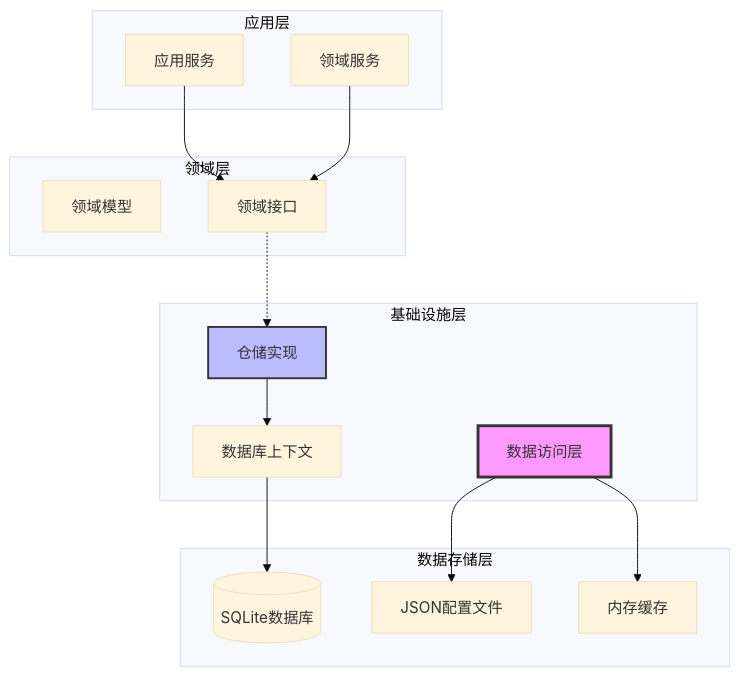
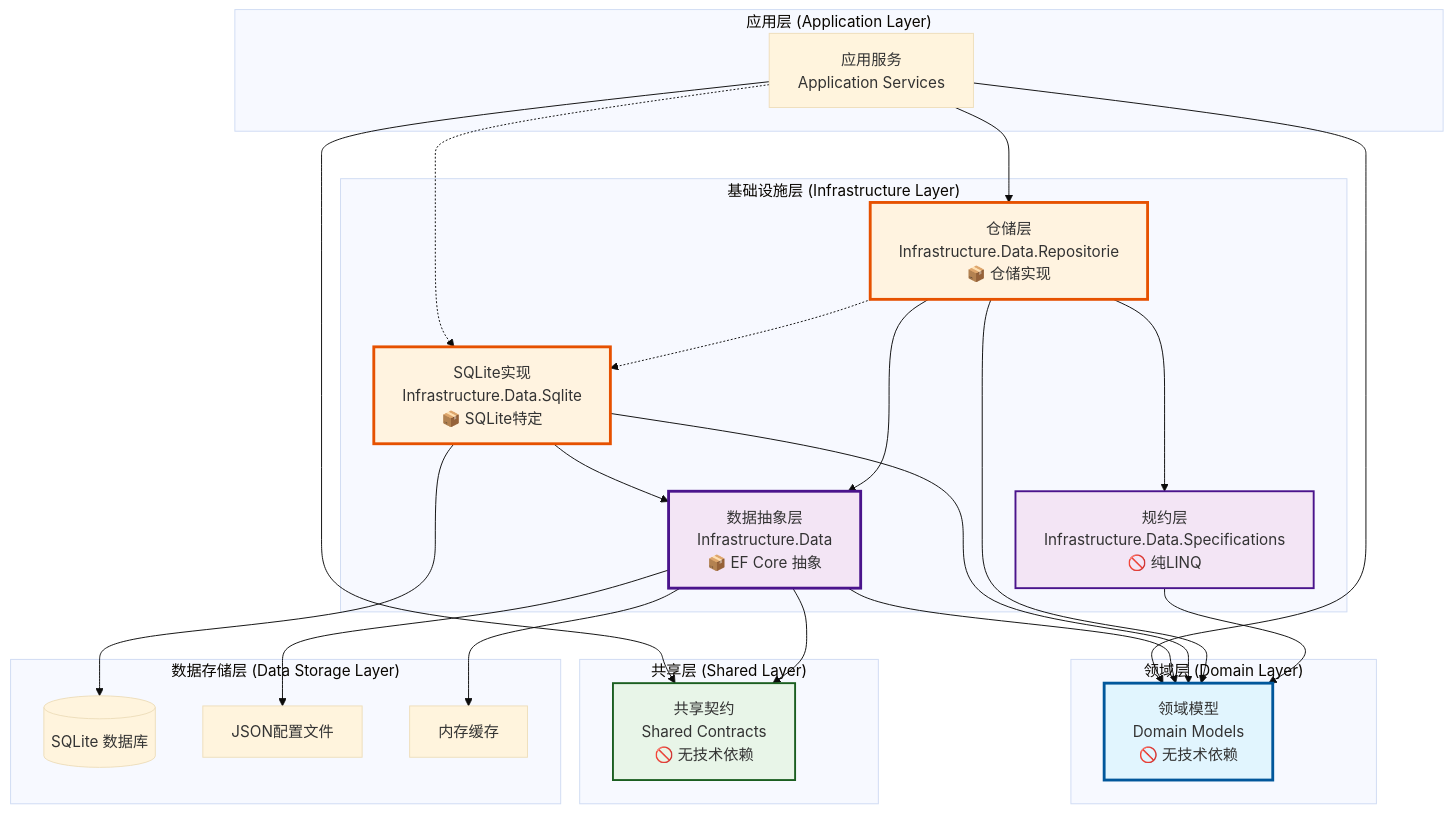
One commit to lornshrimp/Lorn.OpenAgenticAI changed the first of 21 diagrams in docs_TecDesign/DataAccessLayerDesign.md. Above: the diagram before and after it, drawn with Mermaid (base theme). The commit also changed other lines of this file and 19 other files, not shown here.

First line of the commit message:
feat: Implement SQLite-specific configurations and DbContext for OpenAgenticAI

````diff
--- a/docs_TecDesign/DataAccessLayerDesign.md
+++ b/docs_TecDesign/DataAccessLayerDesign.md
@@ -21,35 +19,61 @@
 ```mermaid
 graph TB
-    subgraph "应用层"
-        APP_SERVICE[应用服务]
-        DOMAIN_SERVICE[领域服务]
+    subgraph "应用层 (Application Layer)"
+        APP[应用服务<br/>Application Services]
     end
     
-    subgraph "领域层"
-        DOMAIN_MODEL[领域模型]
-        DOMAIN_INTERFACE[领域接口]
+    subgraph "领域层 (Domain Layer)"
+        DOMAIN[领域模型<br/>Domain Models<br/>🚫 无技术依赖]
     end
     
-    subgraph "基础设施层"
-        DATA_ACCESS[数据访问层]
-        REPOSITORY_IMPL[仓储实现]
-        DB_CONTEXT[数据库上下文]
+    subgraph "共享层 (Shared Layer)"
+        CONTRACTS[共享契约<br/>Shared Contracts<br/>🚫 无技术依赖]
     end
     
-    subgraph "数据存储层"
-        SQLITE[(SQLite数据库)]
+    subgraph "基础设施层 (Infrastructure Layer)"
+        DATA_ABSTRACT[数据抽象层<br/>Infrastructure.Data<br/>📦 EF Core 抽象]
+        DATA_REPO[仓储层<br/>Infrastructure.Data.Repositorie<br/>📦 仓储实现]
+        DATA_SPEC[规约层<br/>Infrastructure.Data.Specifications<br/>🚫 纯LINQ]
+        DATA_SQLITE[SQLite实现<br/>Infrastructure.Data.Sqlite<br/>📦 SQLite特定]
+    end
+    
+    subgraph "数据存储层 (Data Storage Layer)"
+        SQLITE[(SQLite 数据库)]
         JSON_FILE[JSON配置文件]
         MEMORY_CACHE[内存缓存]
     end
     
-    APP_SERVICE --> DOMAIN_INTERFACE
-    DOMAIN_SERVICE --> DOMAIN_INTERFACE
-    DOMAIN_INTERFACE -.-> REPOSITORY_IMPL
-    REPOSITORY_IMPL --> DB_CONTEXT
-    DB_CONTEXT --> SQLITE
-    DATA_ACCESS --> JSON_FILE
-    DATA_ACCESS --> MEMORY_CACHE
+    %% 依赖关系 - 符合数据库无关原则
+    APP --> DOMAIN
+    APP --> CONTRACTS
+    APP --> DATA_REPO
     
-    style DATA_ACCESS fill:#f9f,stroke:#333,stroke-width:3px
-    style REPOSITORY_IMPL fill:#bbf,stroke:#333,stroke-width:2px
+    DATA_ABSTRACT --> DOMAIN
+    DATA_ABSTRACT --> CONTRACTS
+    
+    DATA_SQLITE --> DATA_ABSTRACT
+    DATA_SQLITE --> DOMAIN
+    DATA_SQLITE --> SQLITE
+    
+    DATA_REPO --> DATA_ABSTRACT
+    DATA_REPO --> DOMAIN
+    DATA_REPO --> DATA_SPEC
+    
+    DATA_SPEC --> DOMAIN
+    
+    %% 注入关系（运行时通过DI容器配置）
+    APP -.-> DATA_SQLITE
+    DATA_REPO -.-> DATA_SQLITE
+    
+    %% 其他存储类型
+    DATA_ABSTRACT --> JSON_FILE
+    DATA_ABSTRACT --> MEMORY_CACHE
+    
+    %% 样式
+    style DOMAIN fill:#e1f5fe,stroke:#01579b,stroke-width:3px
+    style CONTRACTS fill:#e8f5e8,stroke:#1b5e20,stroke-width:2px
+    style DATA_ABSTRACT fill:#f3e5f5,stroke:#4a148c,stroke-width:3px
+    style DATA_SQLITE fill:#fff3e0,stroke:#e65100,stroke-width:3px
+    style DATA_REPO fill:#fff3e0,stroke:#e65100,stroke-width:3px
+    style DATA_SPEC fill:#f3e5f5,stroke:#4a148c,stroke-width:2px
 ```
````
